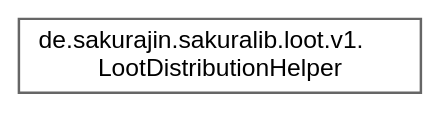
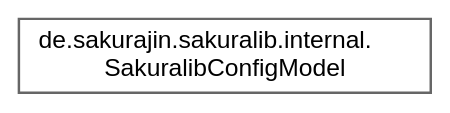
One commit to noah1510/sakura-lib changed the diagram in inherit_graph_13.dot. Above: the diagram before and after it, drawn with Graphviz. The commit also changed 146 other files, not shown here.

```diff
--- a/inherit_graph_13.dot
+++ b/inherit_graph_13.dot
@@ -1,9 +1,9 @@
 digraph "Graphical Class Hierarchy"
 {
  // LATEX_PDF_SIZE
   bgcolor="transparent";
   edge [fontname=Helvetica,fontsize=10,labelfontname=Helvetica,labelfontsize=10];
   node [fontname=Helvetica,fontsize=10,shape=box,height=0.2,width=0.4];
   rankdir="LR";
-  Node0 [label="de.sakurajin.sakuralib.loot.v1.\lLootDistributionHelper",height=0.2,width=0.4,color="grey40", fillcolor="white", style="filled",URL="$classde_1_1sakurajin_1_1sakuralib_1_1loot_1_1v1_1_1LootDistributionHelper.html",tooltip="This class can be used to create weight distributions for loot tables."];
+  Node0 [label="de.sakurajin.sakuralib.internal.\lSakuralibConfigModel",height=0.2,width=0.4,color="grey40", fillcolor="white", style="filled",URL="$classde_1_1sakurajin_1_1sakuralib_1_1internal_1_1SakuralibConfigModel.html",tooltip=" "];
 }
```
